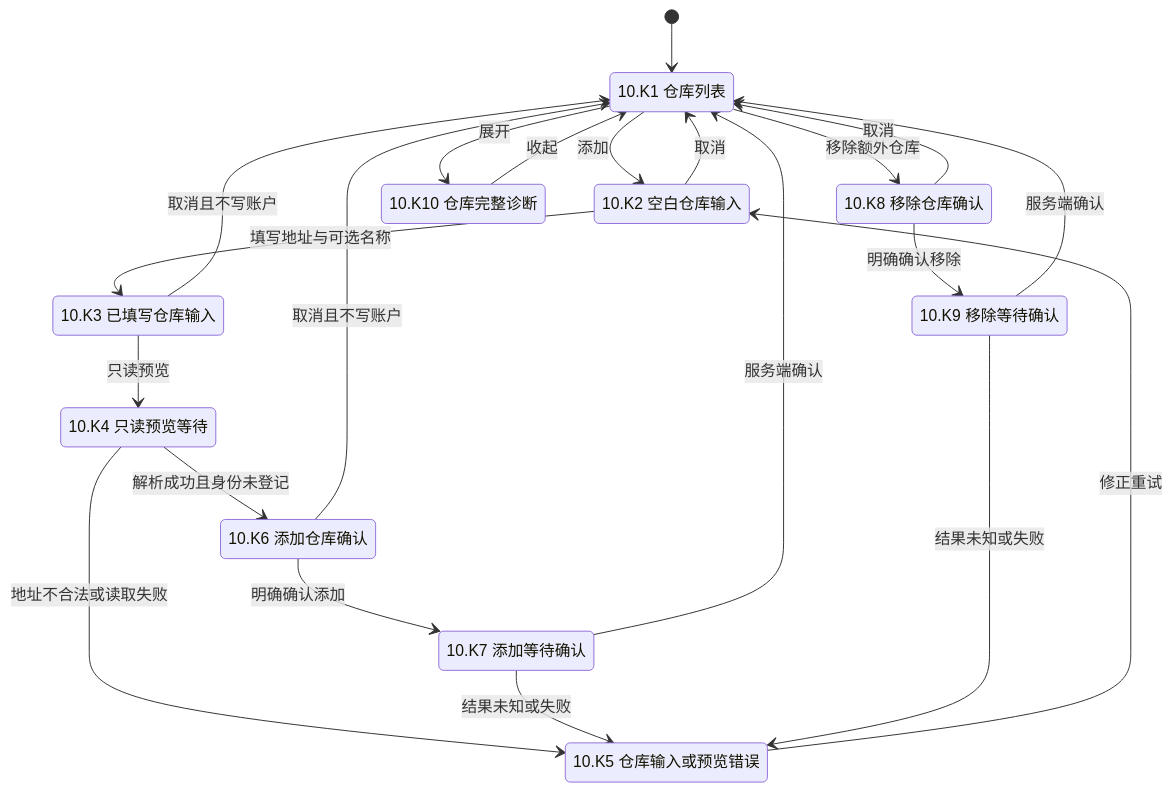
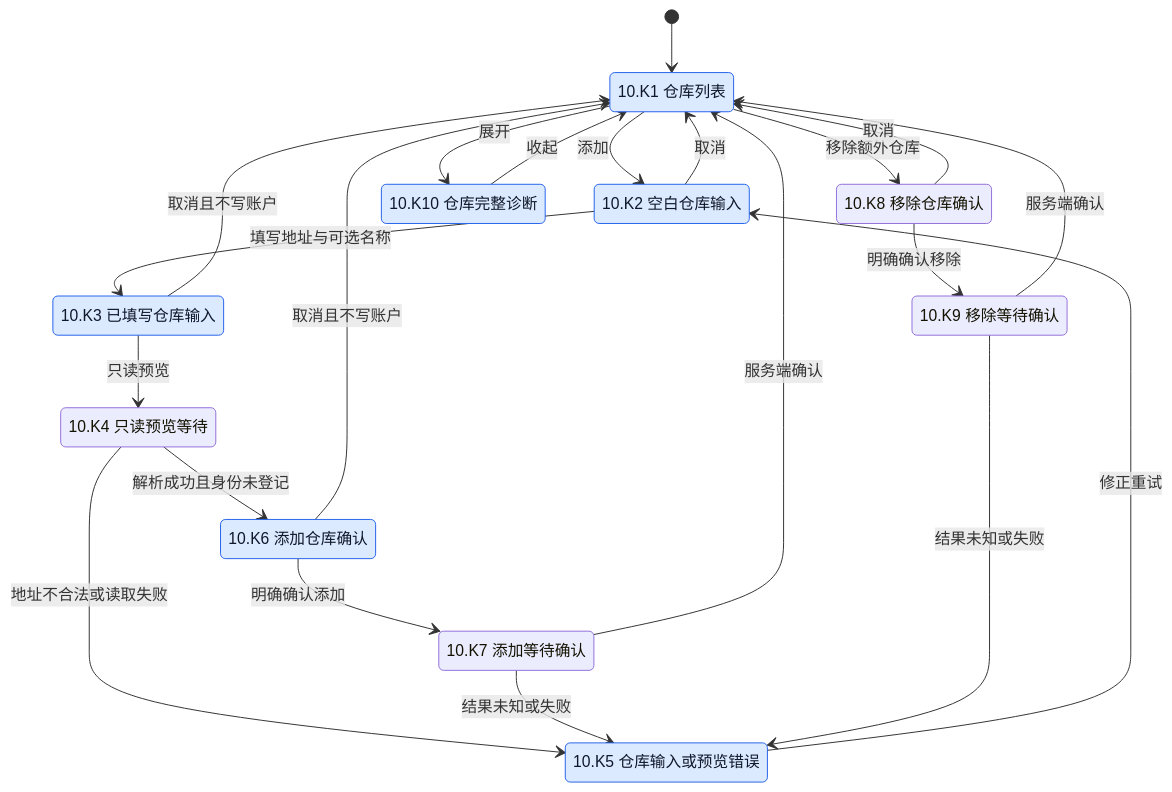
One commit to Wybxc/karuyomi changed the tenth of 14 diagrams in docs/verification/mihon-state-coverage.md. Above: the diagram before and after it, drawn with Mermaid. The commit also changed other lines of this file and 8 other files, not shown here.

````diff
--- a/docs/verification/mihon-state-coverage.md
+++ b/docs/verification/mihon-state-coverage.md
@@ -967,33 +969,35 @@
 ```mermaid
 stateDiagram-v2
     [*] --> Repositories
     state "10.K1 仓库列表" as Repositories
     state "10.K2 空白仓库输入" as EmptyRepositoryInput
     state "10.K3 已填写仓库输入" as RepositoryInput
     state "10.K4 只读预览等待" as PreviewingRepository
     state "10.K5 仓库输入或预览错误" as RepositoryError
     state "10.K6 添加仓库确认" as ConfirmingRepository
     state "10.K7 添加等待确认" as SavingRepository
     state "10.K8 移除仓库确认" as RemovingRepository
     state "10.K9 移除等待确认" as SavingRemoval
     state "10.K10 仓库完整诊断" as RepositoryDiagnostics
     Repositories --> EmptyRepositoryInput: 添加
     EmptyRepositoryInput --> RepositoryInput: 填写地址与可选名称
     RepositoryInput --> Repositories: 取消且不写账户
     EmptyRepositoryInput --> Repositories: 取消
     RepositoryInput --> PreviewingRepository: 只读预览
     PreviewingRepository --> RepositoryError: 地址不合法或读取失败
     PreviewingRepository --> ConfirmingRepository: 解析成功且身份未登记
     RepositoryError --> EmptyRepositoryInput: 修正重试
     ConfirmingRepository --> Repositories: 取消且不写账户
     ConfirmingRepository --> SavingRepository: 明确确认添加
     SavingRepository --> Repositories: 服务端确认
     SavingRepository --> RepositoryError: 结果未知或失败
     Repositories --> RemovingRepository: 移除额外仓库
     RemovingRepository --> Repositories: 取消
     RemovingRepository --> SavingRemoval: 明确确认移除
     SavingRemoval --> Repositories: 服务端确认
     SavingRemoval --> RepositoryError: 结果未知或失败
     Repositories --> RepositoryDiagnostics: 展开
     RepositoryDiagnostics --> Repositories: 收起
+    classDef paired fill:#dbeafe,stroke:#2563eb,color:#0f172a
+    class Repositories,EmptyRepositoryInput,RepositoryInput,RepositoryError,ConfirmingRepository,RepositoryDiagnostics paired
 ```
````
